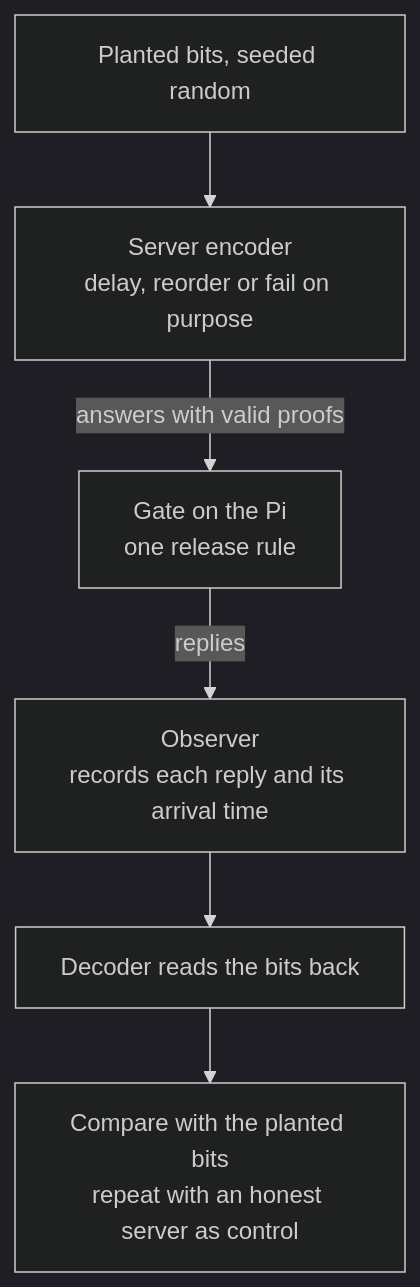
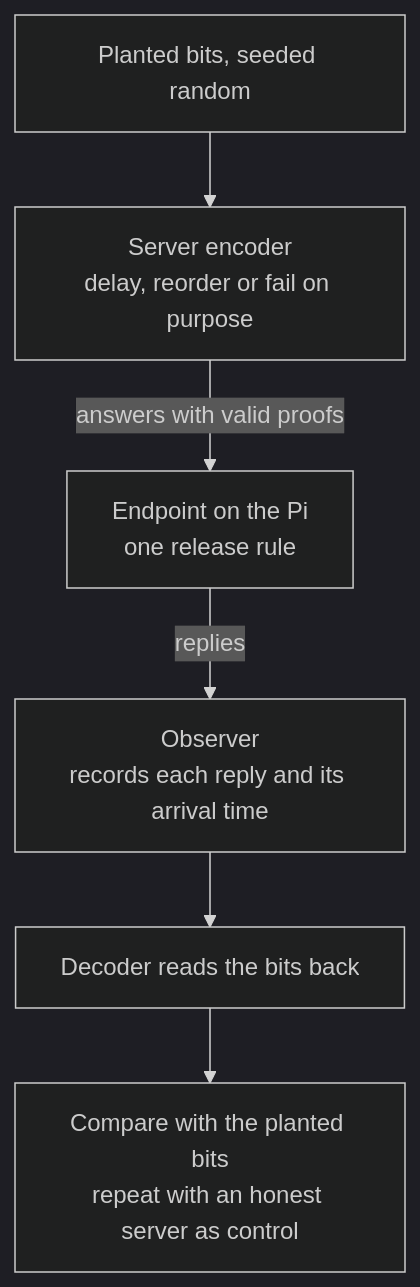
The diagram in book/diagrams/leakage.mmd (0x471/fasr-proof-gated-egress), drawn with Mermaid (dark theme) before and after one commit. The commit also changed 82 other files, not shown here.

Commit message:
refactor: rename the gate to the endpoint throughout

```diff
--- a/book/diagrams/leakage.mmd
+++ b/book/diagrams/leakage.mmd
@@ -1,6 +1,6 @@
 flowchart TD
     B["Planted bits, seeded random"] --> ENC["Server encoder<br/>delay, reorder or fail on purpose"]
-    ENC -->|"answers with valid proofs"| GATE["Gate on the Pi<br/>one release rule"]
-    GATE -->|"replies"| OBS["Observer<br/>records each reply and its arrival time"]
+    ENC -->|"answers with valid proofs"| ENDPOINT["Endpoint on the Pi<br/>one release rule"]
+    ENDPOINT -->|"replies"| OBS["Observer<br/>records each reply and its arrival time"]
     OBS --> DEC["Decoder reads the bits back"]
     DEC --> CMP["Compare with the planted bits<br/>repeat with an honest server as control"]
```
